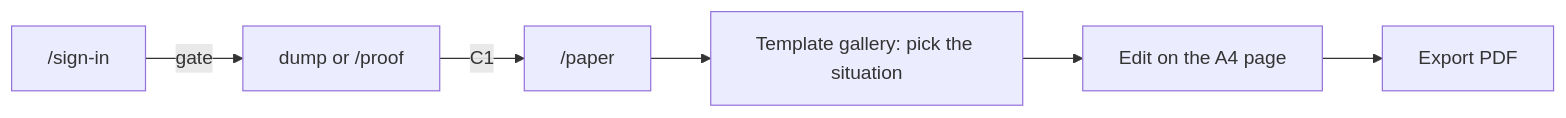
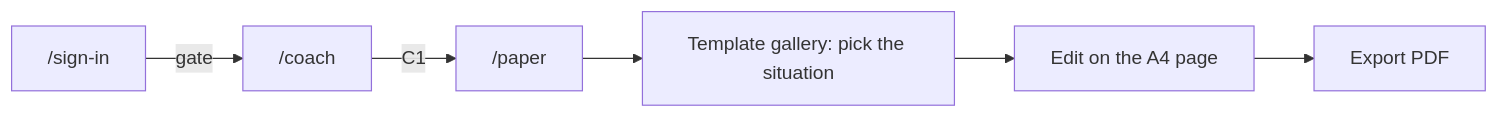
One commit to Rickvu309/opencv changed the fourth of 7 diagrams in docs/flows.md. Above: the diagram before and after it, drawn with Mermaid. The commit also changed other lines of this file and 13 other files, not shown here.

First line of the commit message:
QVE-76: after sign-in, empty accounts open dump

````diff
--- a/docs/flows.md
+++ b/docs/flows.md
@@ -166,8 +167,8 @@
 ```mermaid
 flowchart LR
-  In["/sign-in"] -->|"gate"| Home["dump or /proof"]
-  Home -->|"C1"| List["/paper"]
+  In["/sign-in"] -->|"gate"| Chat["/coach"]
+  Chat -->|"C1"| List["/paper"]
   List --> Gallery["Template gallery: pick the situation"]
   Gallery --> Page["Edit on the A4 page"]
   Page --> Export["Export PDF"]
 ```
````
